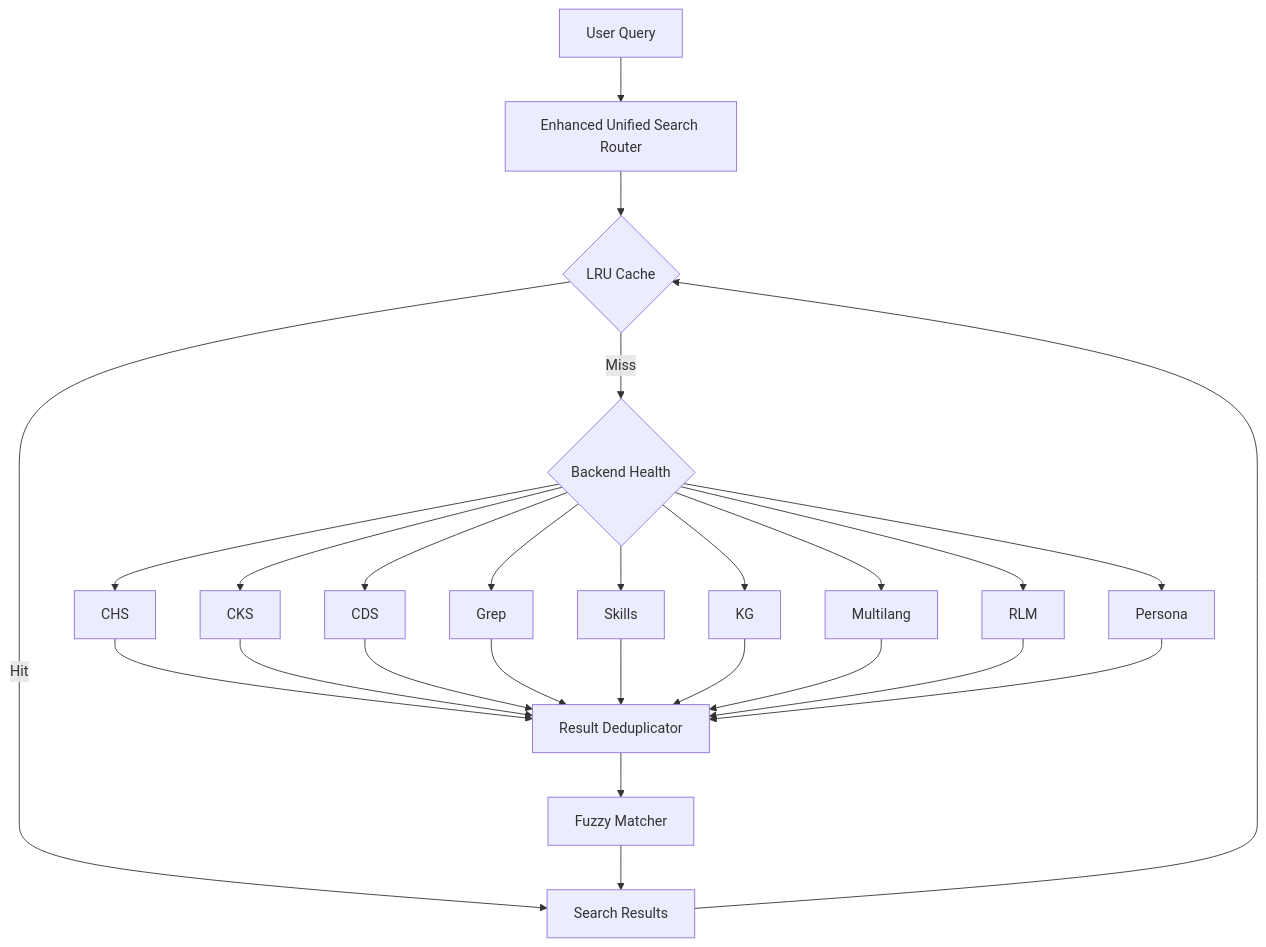
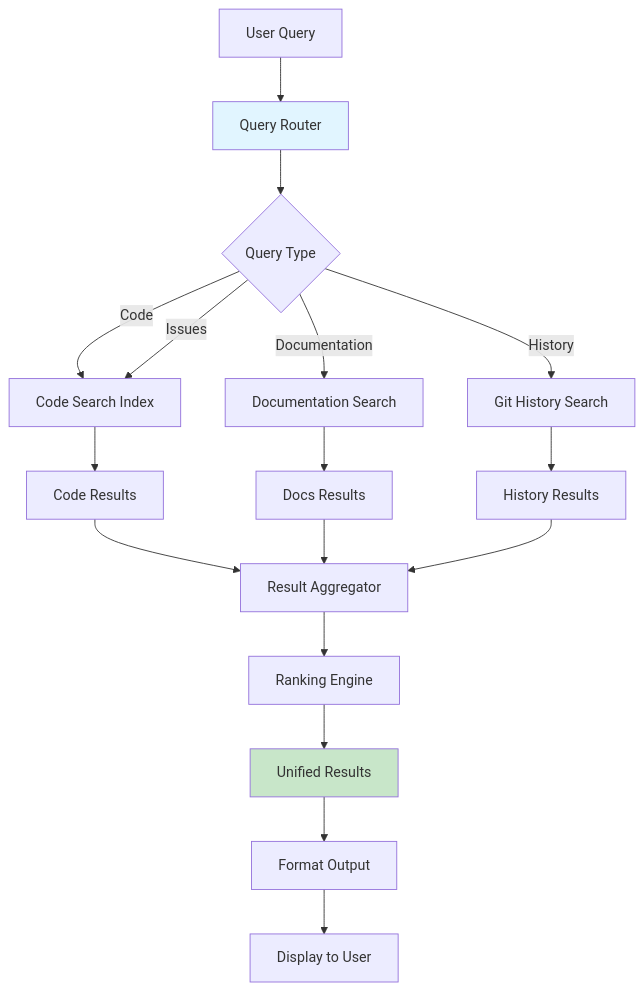
One commit to EndUser123/unified-search changed the diagram in README.md. Above: the diagram before and after it, drawn with Mermaid. The commit also changed other lines of this file, not shown here.

First line of the commit message:
docs: update README documentation## WHY Documentation update needed.

````diff
--- a/README.md
+++ b/README.md
@@ -211,28 +121,27 @@
 ```mermaid
-graph TB
-    Query[User Query] --> Router[Enhanced Unified Search Router]
-    Router --> Cache{LRU Cache}
-    Cache -->|Hit| Results[Search Results]
-    Cache -->|Miss| Health{Backend Health}
-    Health --> Backend1[CHS]
-    Health --> Backend2[CKS]
-    Health --> Backend3[CDS]
-    Health --> Backend4[Grep]
-    Health --> Backend5[Skills]
-    Health --> Backend6[KG]
-    Health --> Backend7[Multilang]
-    Health --> Backend8[RLM]
-    Health --> Backend9[Persona]
-    Backend1 --> Dedup[Result Deduplicator]
-    Backend2 --> Dedup
-    Backend3 --> Dedup
-    Backend4 --> Dedup
-    Backend5 --> Dedup
-    Backend6 --> Dedup
-    Backend7 --> Dedup
-    Backend8 --> Dedup
-    Backend9 --> Dedup
-    Dedup --> Fuzzy[Fuzzy Matcher]
-    Fuzzy --> Results
-    Results --> Cache
+graph TD
+    A[User Query] --> B[Query Router]
+    B --> C{Query Type}
+
+    C -->|Code| D[Code Search Index]
+    C -->|Documentation| E[Documentation Search]
+    C -->|Issues| D
+    C -->|History| F[Git History Search]
+
+    D --> G[Code Results]
+    E --> H[Docs Results]
+    F --> I[History Results]
+
+    G --> J[Result Aggregator]
+    H --> J
+    I --> J
+
+    J --> K[Ranking Engine]
+    K --> L[Unified Results]
+
+    L --> M[Format Output]
+    M --> N[Display to User]
+
+    style B fill:#e1f5ff
+    style L fill:#c8e6c9
 ```
````
